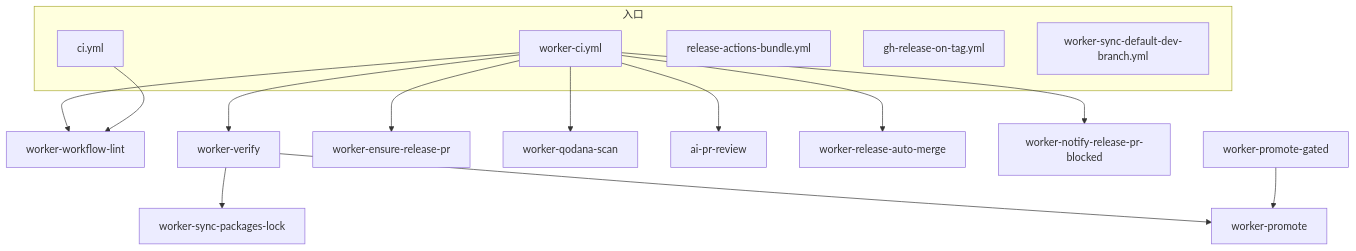
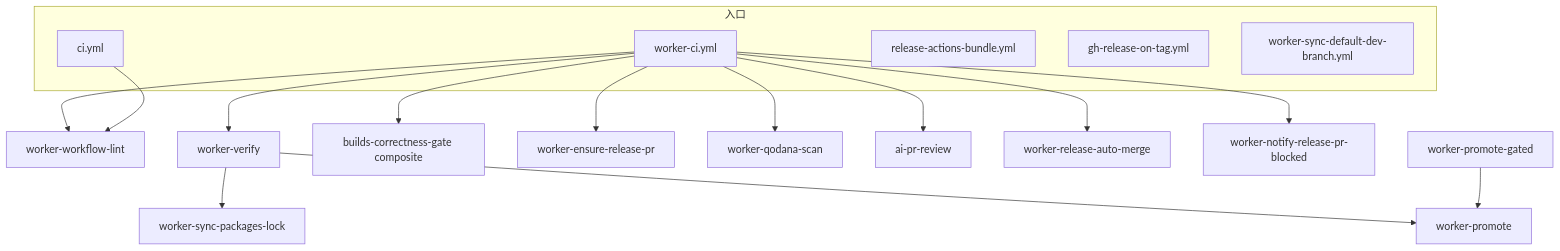
Before and after one commit to workers-world/worker-actions: the first of 18 diagrams in docs/actions-workflows.md, drawn with Mermaid. The commit also changed other lines of this file and 25 other files, not shown here.

````diff
--- a/docs/actions-workflows.md
+++ b/docs/actions-workflows.md
@@ -42,25 +42,26 @@
 ```mermaid
 flowchart TB
   subgraph entry [入口]
     WCI[worker-ci.yml]
     CI[ci.yml]
     REL[release-actions-bundle.yml]
     GHR[gh-release-on-tag.yml]
     SYNC[worker-sync-default-dev-branch.yml]
   end
 
   WCI --> WL[worker-workflow-lint]
   WCI --> WV[worker-verify]
+  WCI --> BCG[builds-correctness-gate composite]
   WCI --> ERP[worker-ensure-release-pr]
   WCI --> QOD[worker-qodana-scan]
   WCI --> AIR[ai-pr-review]
   WCI --> RAM[worker-release-auto-merge]
   WCI --> NTF[worker-notify-release-pr-blocked]
 
   CI --> WL
 
   WV --> SPL[worker-sync-packages-lock]
   WV --> PROM[worker-promote]
 
   PG[worker-promote-gated] --> PROM
 ```
````
